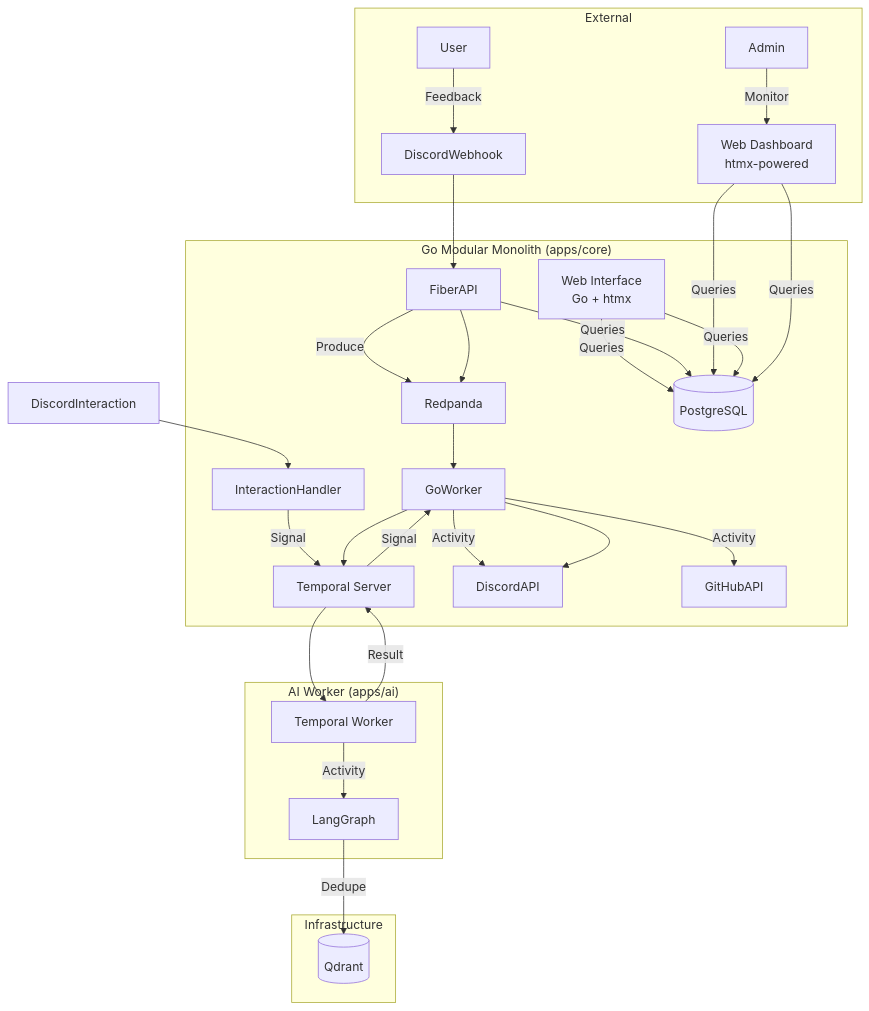
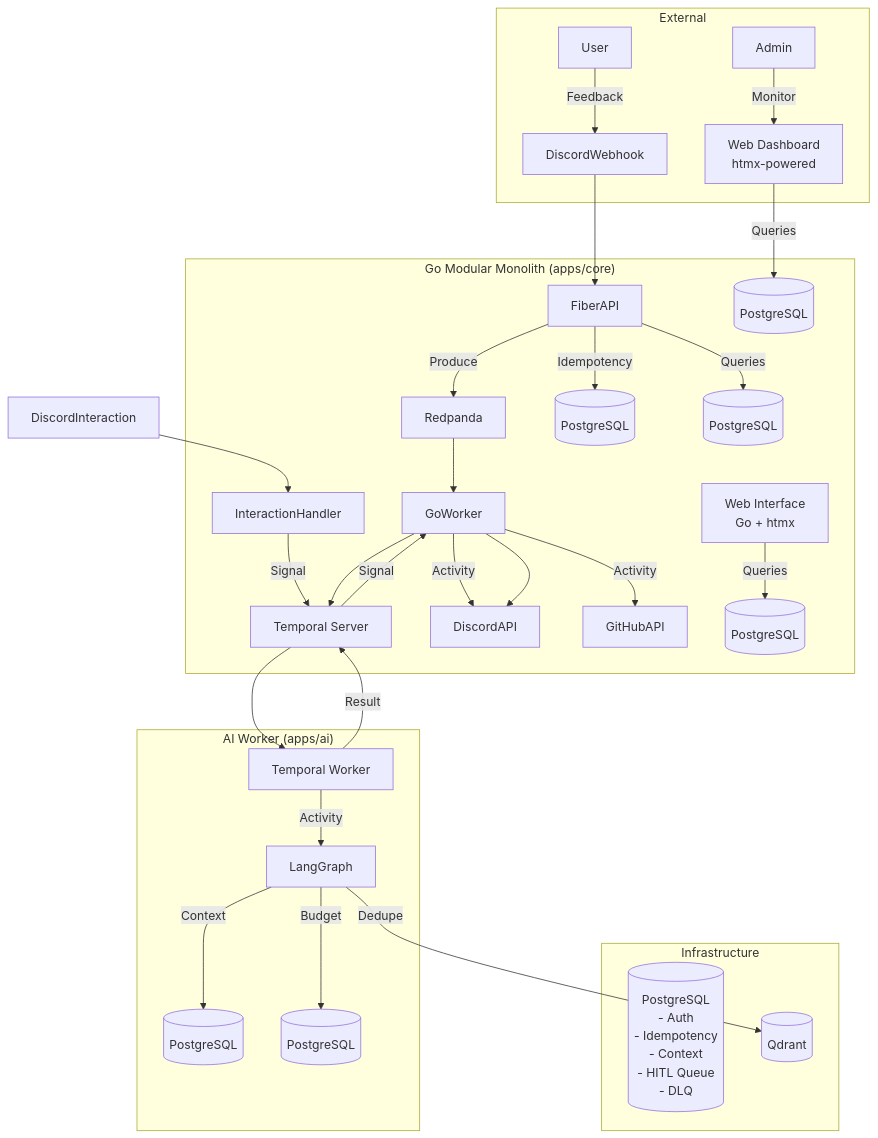
The second of 2 diagrams in README.md (Aparnap2/sarthi_ai), drawn with Mermaid before and after one commit. The commit also changed other lines of this file and 40 other files, not shown here.

First line of the commit message:
refactor: replace Redis with PostgreSQL for all state management

````diff
--- a/README.md
+++ b/README.md
@@ -137,42 +141,42 @@
 ```mermaid
 graph TD
     subgraph "External"
         User -->|Feedback| DiscordWebhook
         Admin -->|Monitor| WebDashboard
     end
 
     subgraph "Go Modular Monolith (apps/core)"
         FiberAPI -->|Produce| Redpanda
+        FiberAPI -->|Idempotency| PG1[(PostgreSQL)]
         InteractionHandler -->|Signal| Temporal
         GoWorker -->|Activity| DiscordAPI
         GoWorker -->|Activity| GitHubAPI
-        WebInterface[Web Interface<br/>Go + htmx] -->|Queries| PostgreSQL
-        FiberAPI -->|Queries| PostgreSQL
-        WebDashboard[Web Dashboard<br/>htmx-powered] -->|Queries| PostgreSQL
+        WebInterface[Web Interface<br/>Go + htmx] -->|Queries| PG2[(PostgreSQL)]
+        FiberAPI -->|Queries| PG3[(PostgreSQL)]
+        WebDashboard[Web Dashboard<br/>htmx-powered] -->|Queries| PG4[(PostgreSQL)]
     end
 
     subgraph "Infrastructure"
         Redpanda[Redpanda]
         Temporal[Temporal Server]
-        PostgreSQL[(PostgreSQL)]
+        PostgreSQL[(PostgreSQL<br/>- Auth<br/>- Idempotency<br/>- Context<br/>- HITL Queue<br/>- DLQ)]
         Qdrant[(Qdrant)]
     end
 
     subgraph "AI Worker (apps/ai)"
         PyWorker[Temporal Worker]
         PyWorker -->|Activity| LangGraph
         LangGraph -->|Dedupe| Qdrant
+        LangGraph -->|Context| PG5[(PostgreSQL)]
+        LangGraph -->|Budget| PG6[(PostgreSQL)]
     end
 
     DiscordWebhook --> FiberAPI
-    FiberAPI --> Redpanda
     Redpanda --> GoWorker
     GoWorker --> Temporal
     Temporal --> PyWorker
     PyWorker -->|Result| Temporal
     Temporal -->|Signal| GoWorker
     GoWorker --> DiscordAPI
-    WebInterface -->|Queries| PostgreSQL
-    WebDashboard -->|Queries| PostgreSQL
     DiscordInteraction --> InteractionHandler
 ```
````
